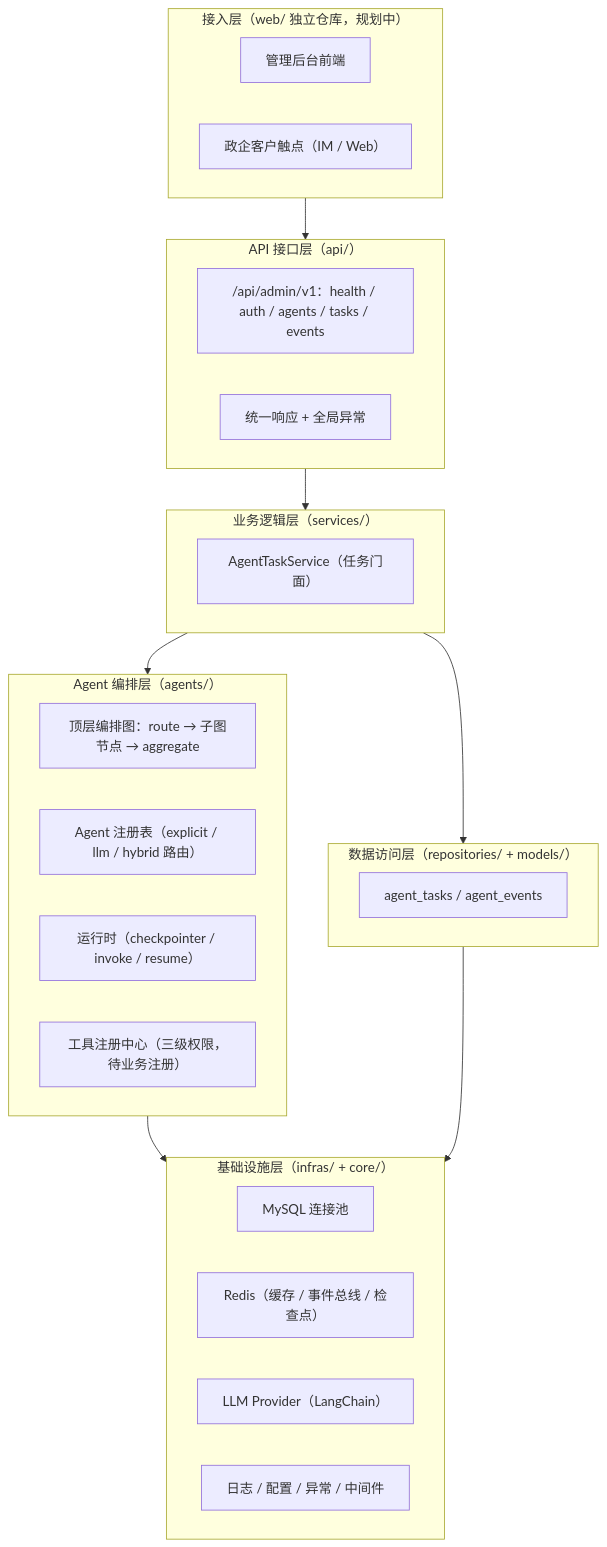
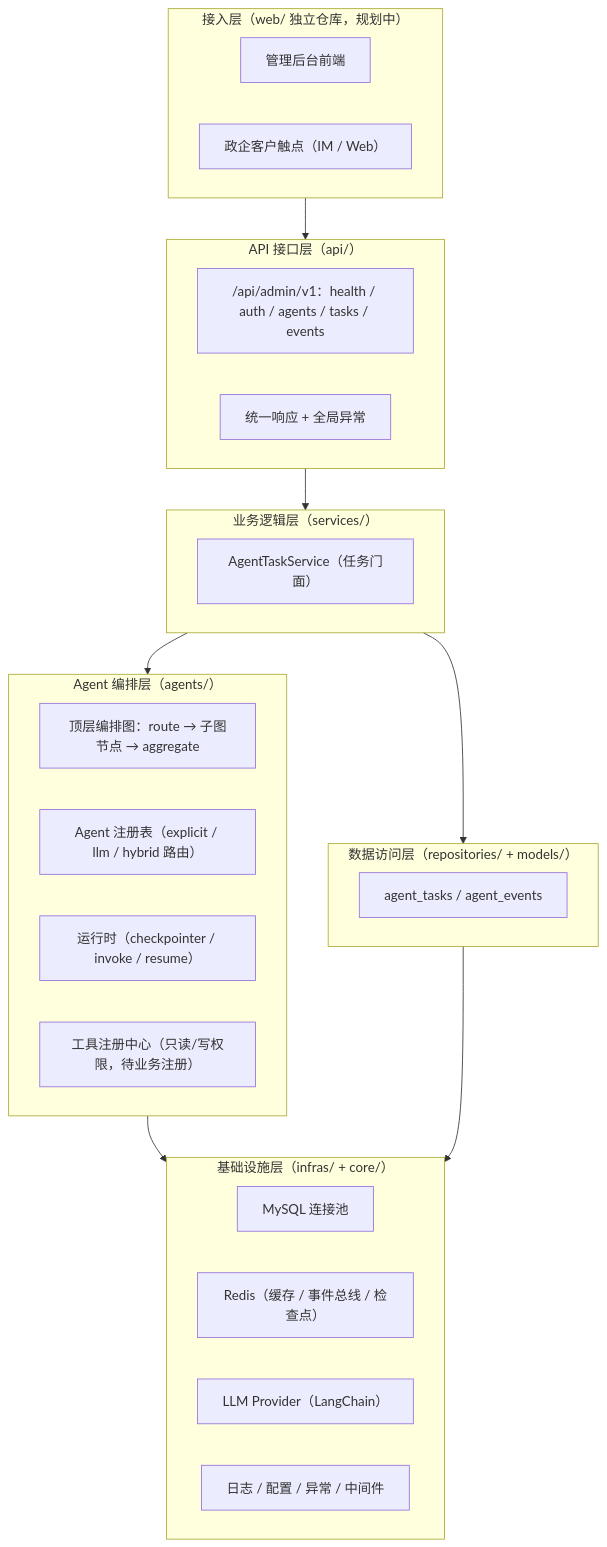
The first of 3 diagrams in server/README.md (chain-engine/x-BeiChen), drawn with Mermaid before and after one commit. The commit also changed other lines of this file and 4 other files, not shown here.

````diff
--- a/server/README.md
+++ b/server/README.md
@@ -208,39 +208,39 @@
 ```mermaid
 flowchart TB
     subgraph Web["接入层（web/ 独立仓库，规划中）"]
         W1["管理后台前端"]
         W2["政企客户触点（IM / Web）"]
     end
 
     subgraph API["API 接口层（api/）"]
         A1["/api/admin/v1：health / auth / agents / tasks / events"]
         A2["统一响应 + 全局异常"]
     end
 
     subgraph ORCH["Agent 编排层（agents/）"]
         C1["顶层编排图：route → 子图节点 → aggregate"]
         C2["Agent 注册表（explicit / llm / hybrid 路由）"]
         C3["运行时（checkpointer / invoke / resume）"]
-        C4["工具注册中心（三级权限，待业务注册）"]
+        C4["工具注册中心（只读/写权限，待业务注册）"]
     end
 
     subgraph BIZ["业务逻辑层（services/）"]
         D1["AgentTaskService（任务门面）"]
     end
 
     subgraph DATA["数据访问层（repositories/ + models/）"]
         E1["agent_tasks / agent_events"]
     end
 
     subgraph INFRA["基础设施层（infras/ + core/）"]
         F1["MySQL 连接池"]
         F2["Redis（缓存 / 事件总线 / 检查点）"]
         F3["LLM Provider（LangChain）"]
         F4["日志 / 配置 / 异常 / 中间件"]
     end
 
     Web --> API --> BIZ --> DATA
     BIZ --> ORCH
     ORCH --> INFRA
     DATA --> INFRA
 ```
````
